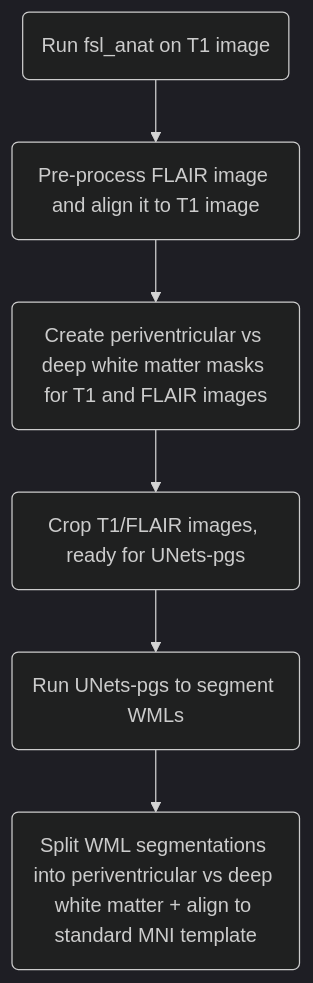
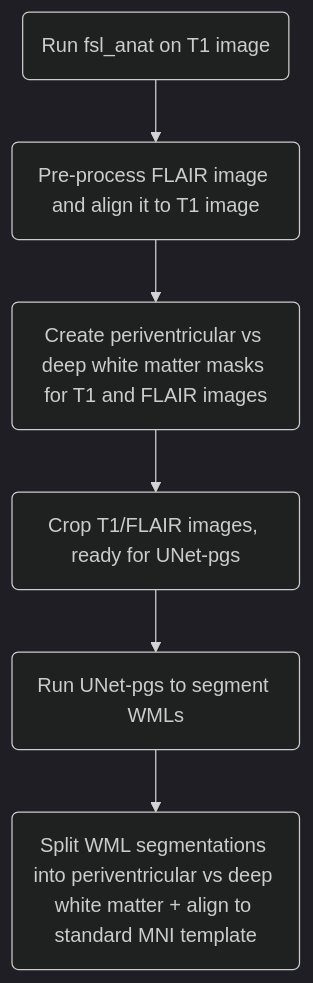
One commit to UCL/Enigma-PD-WML changed the diagram in docs/pipeline.md. Above: the diagram before and after it, drawn with Mermaid (dark theme). The commit also changed other lines of this file, not shown here.

````diff
--- a/docs/pipeline.md
+++ b/docs/pipeline.md
@@ -8,15 +8,15 @@
 ```mermaid
 %%{init: {"flowchart": {"htmlLabels": false}} }%%
 flowchart TD
     fsl_anat("`Run fsl_anat on T1 image`")
     flair_prep("`Pre-process FLAIR image and align it to T1 image`")
     vent_dist("`Create periventricular vs deep white matter masks for T1 and FLAIR images`")
-    unet_prep("`Crop T1/FLAIR images, ready for UNets-pgs`")
-    unet("`Run UNets-pgs to segment WMLs`")
+    unet_prep("`Crop T1/FLAIR images, ready for UNet-pgs`")
+    unet("`Run UNet-pgs to segment WMLs`")
     process_output("`Split WML segmentations into periventricular vs deep white matter + align to standard MNI template`")
     fsl_anat --> flair_prep
     flair_prep --> vent_dist
     vent_dist --> unet_prep
     unet_prep --> unet
     unet --> process_output
 ```
````
